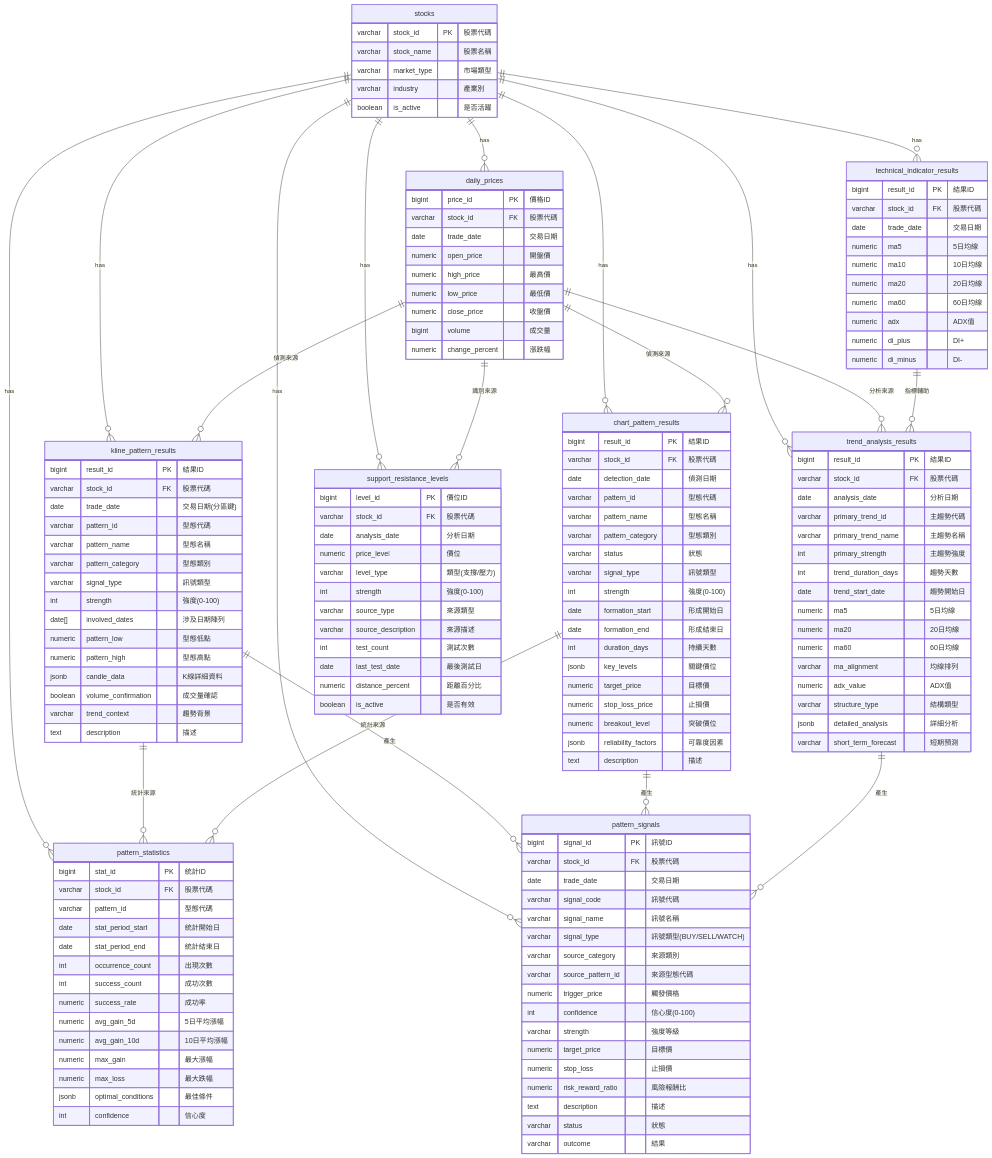
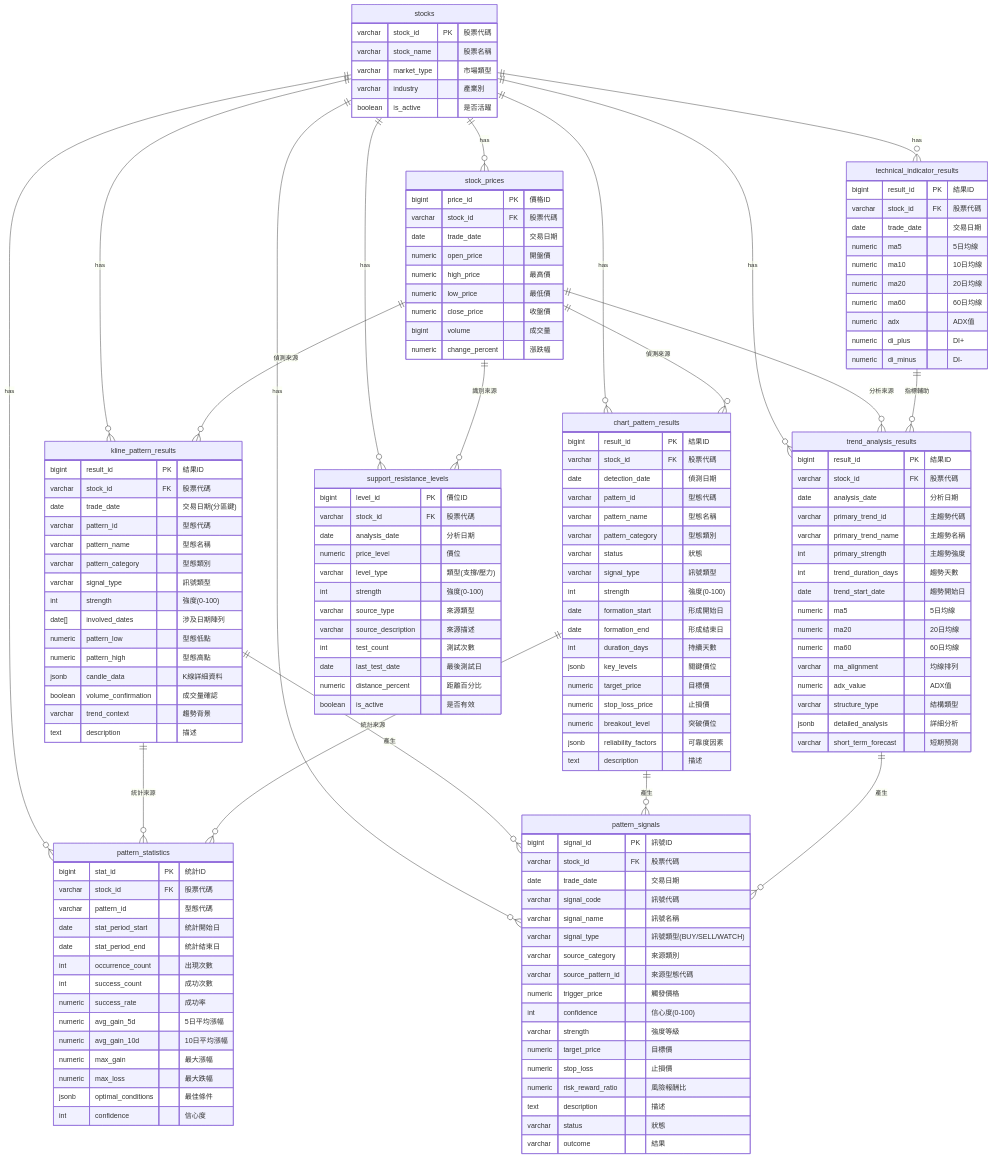
Before and after one commit to Stanshy/stock_spring: the diagram in docs/design/erd/M10-ERD.md, drawn with Mermaid. The commit also changed other lines of this file and 397 other files, not shown here.

```diff
--- a/docs/design/erd/M10-ERD.md
+++ b/docs/design/erd/M10-ERD.md
@@ -21,7 +21,7 @@
         boolean is_active "是否活躍"
     }
 
-    daily_prices {
+    stock_prices {
         bigint price_id PK "價格ID"
         varchar stock_id FK "股票代碼"
         date trade_date "交易日期"
@@ -159,7 +159,7 @@
     }
 
     %% 關聯關係
-    stocks ||--o{ daily_prices : "has"
+    stocks ||--o{ stock_prices : "has"
     stocks ||--o{ technical_indicator_results : "has"
     stocks ||--o{ kline_pattern_results : "has"
     stocks ||--o{ chart_pattern_results : "has"
@@ -168,10 +168,10 @@
     stocks ||--o{ pattern_signals : "has"
     stocks ||--o{ pattern_statistics : "has"
 
-    daily_prices ||--o{ kline_pattern_results : "偵測來源"
-    daily_prices ||--o{ chart_pattern_results : "偵測來源"
-    daily_prices ||--o{ trend_analysis_results : "分析來源"
-    daily_prices ||--o{ support_resistance_levels : "識別來源"
+    stock_prices ||--o{ kline_pattern_results : "偵測來源"
+    stock_prices ||--o{ chart_pattern_results : "偵測來源"
+    stock_prices ||--o{ trend_analysis_results : "分析來源"
+    stock_prices ||--o{ support_resistance_levels : "識別來源"
 
     technical_indicator_results ||--o{ trend_analysis_results : "指標輔助"
 
```
